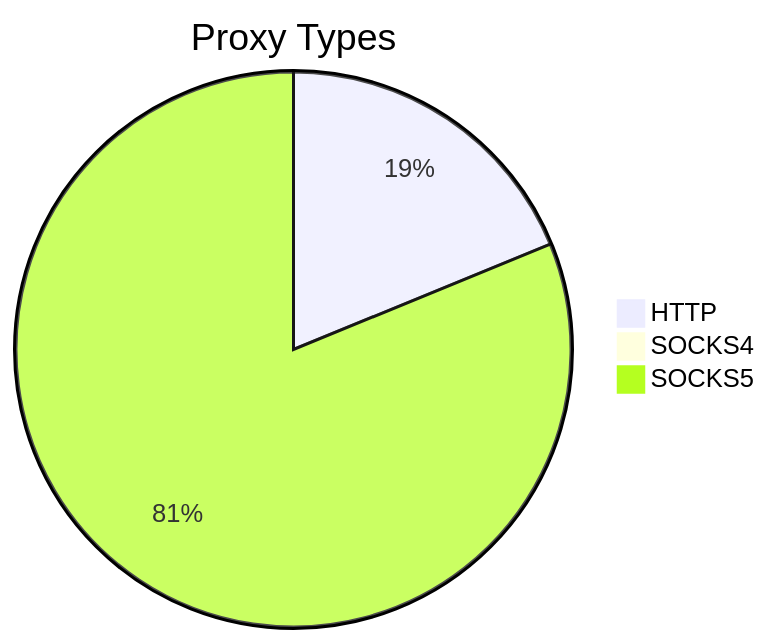
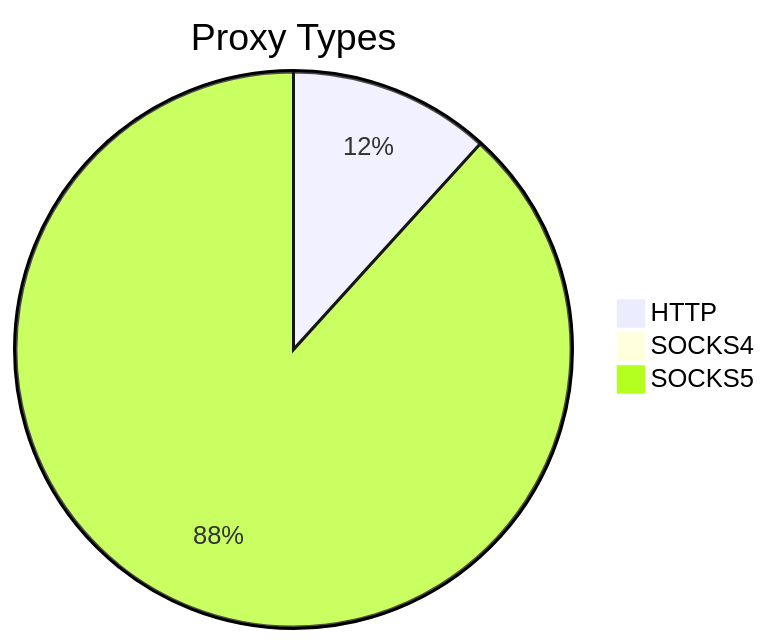
The first of 2 diagrams in README.md (stormsia/proxy-list), drawn with Mermaid before and after one commit. The commit also changed other lines of this file, not shown here.

````diff
--- a/README.md
+++ b/README.md
@@ -21,6 +21,6 @@
 ```mermaid
 pie title Proxy Types
-    "HTTP" : 148
-    "SOCKS4" : 1
-    "SOCKS5" : 639
+    "HTTP" : 352
+    "SOCKS4" : 15
+    "SOCKS5" : 2648
 ```
````
